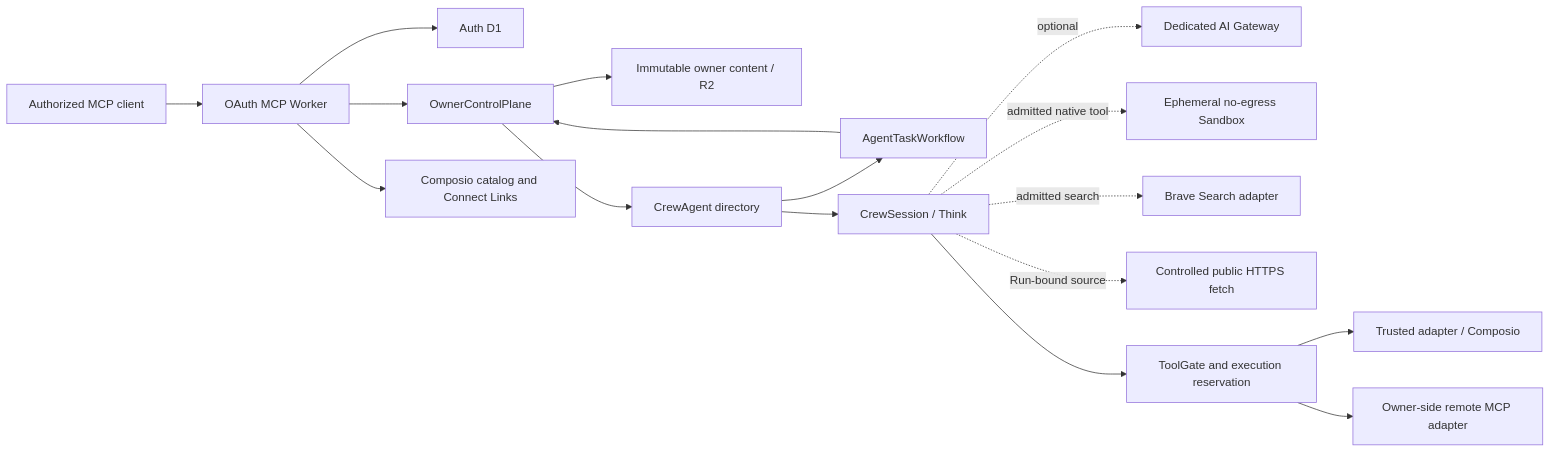
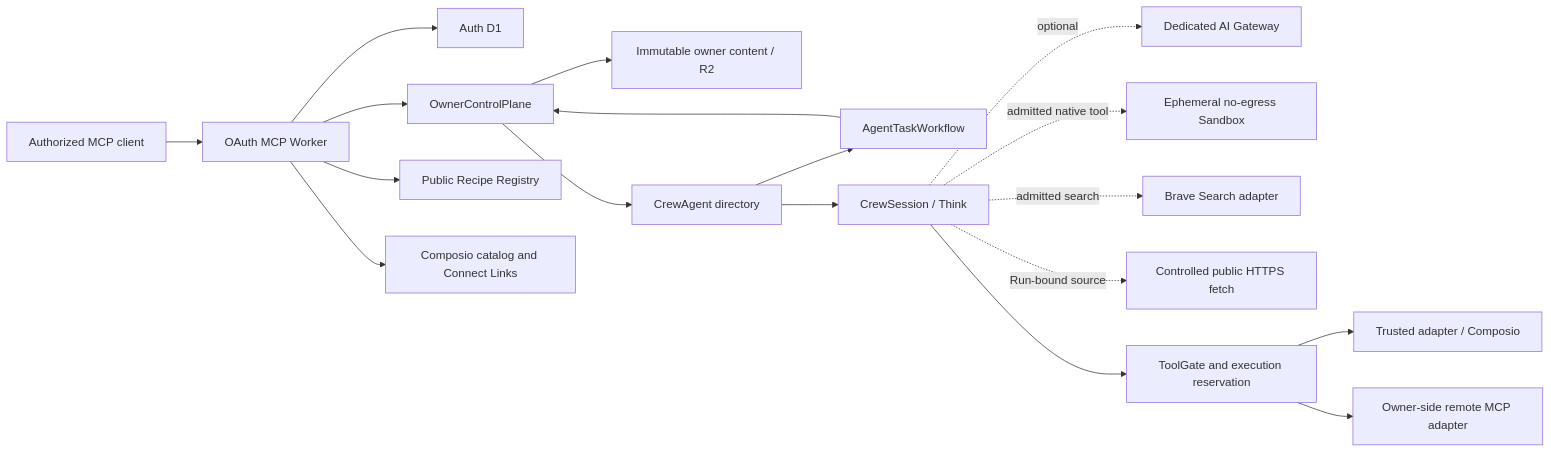
Before and after one commit to fkrein1/crewhelm: the diagram in docs/architecture/system.md, drawn with Mermaid. The commit also changed other lines of this file and 33 other files, not shown here.

````diff
--- a/docs/architecture/system.md
+++ b/docs/architecture/system.md
@@ -11,19 +11,20 @@
 ```mermaid
 flowchart LR
     MCP["Authorized MCP client"] --> Worker["OAuth MCP Worker"]
     Worker --> Auth["Auth D1"]
     Worker --> Owner["OwnerControlPlane"]
+    Worker --> Registry["Public Recipe Registry"]
     Owner --> Content["Immutable owner content / R2"]
     Owner --> Agent["CrewAgent directory"]
     Agent --> Workflow["AgentTaskWorkflow"]
     Workflow --> Owner
     Agent --> Session["CrewSession / Think"]
     Session -. optional .-> Gateway["Dedicated AI Gateway"]
     Session -. admitted native tool .-> Sandbox["Ephemeral no-egress Sandbox"]
     Session -. admitted search .-> Search["Brave Search adapter"]
     Session -. Run-bound source .-> Web["Controlled public HTTPS fetch"]
     Worker --> Catalog["Composio catalog and Connect Links"]
     Session --> Gate["ToolGate and execution reservation"]
     Gate --> Composio["Trusted adapter / Composio"]
     Gate --> RemoteMCP["Owner-side remote MCP adapter"]
 ```
````
